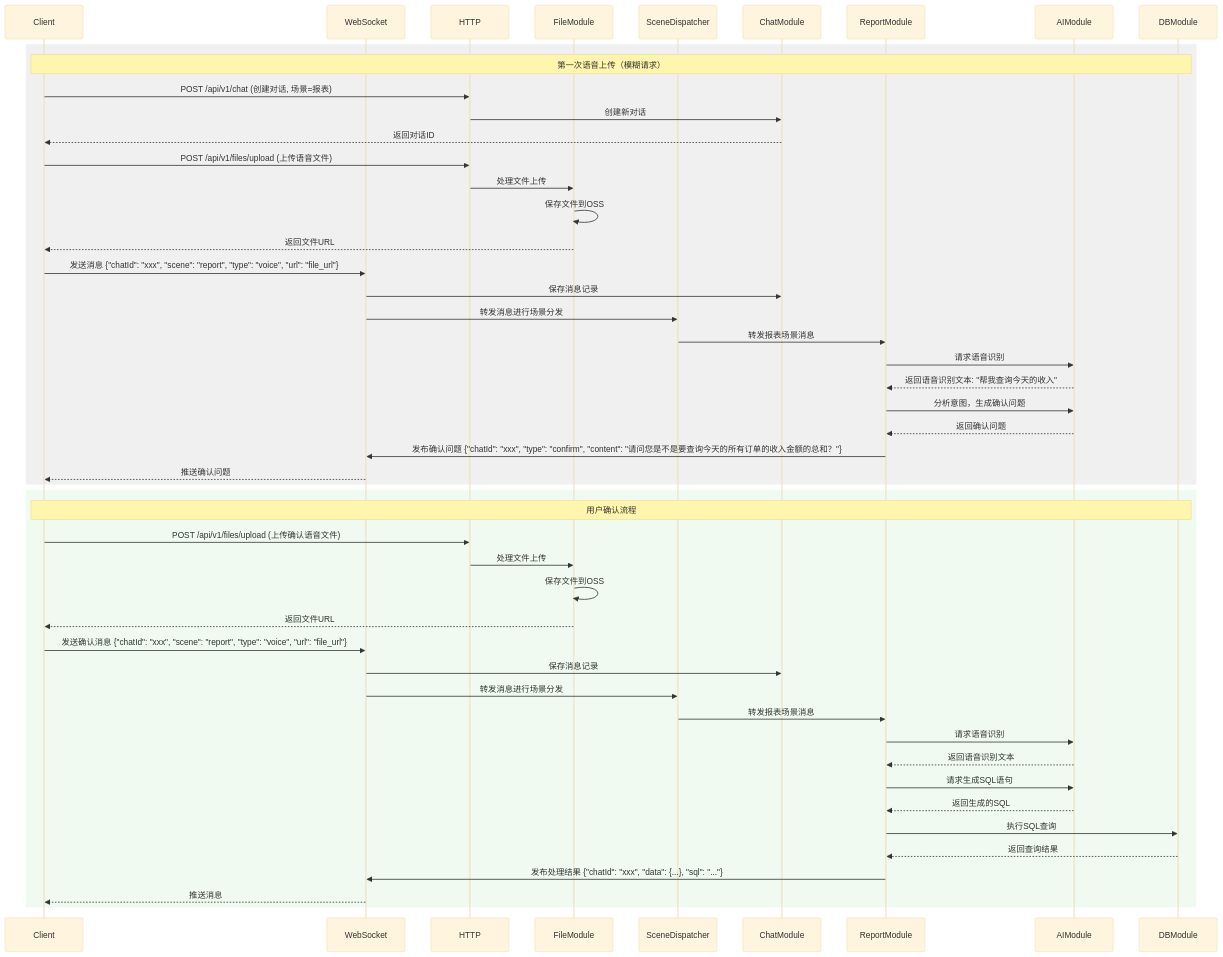
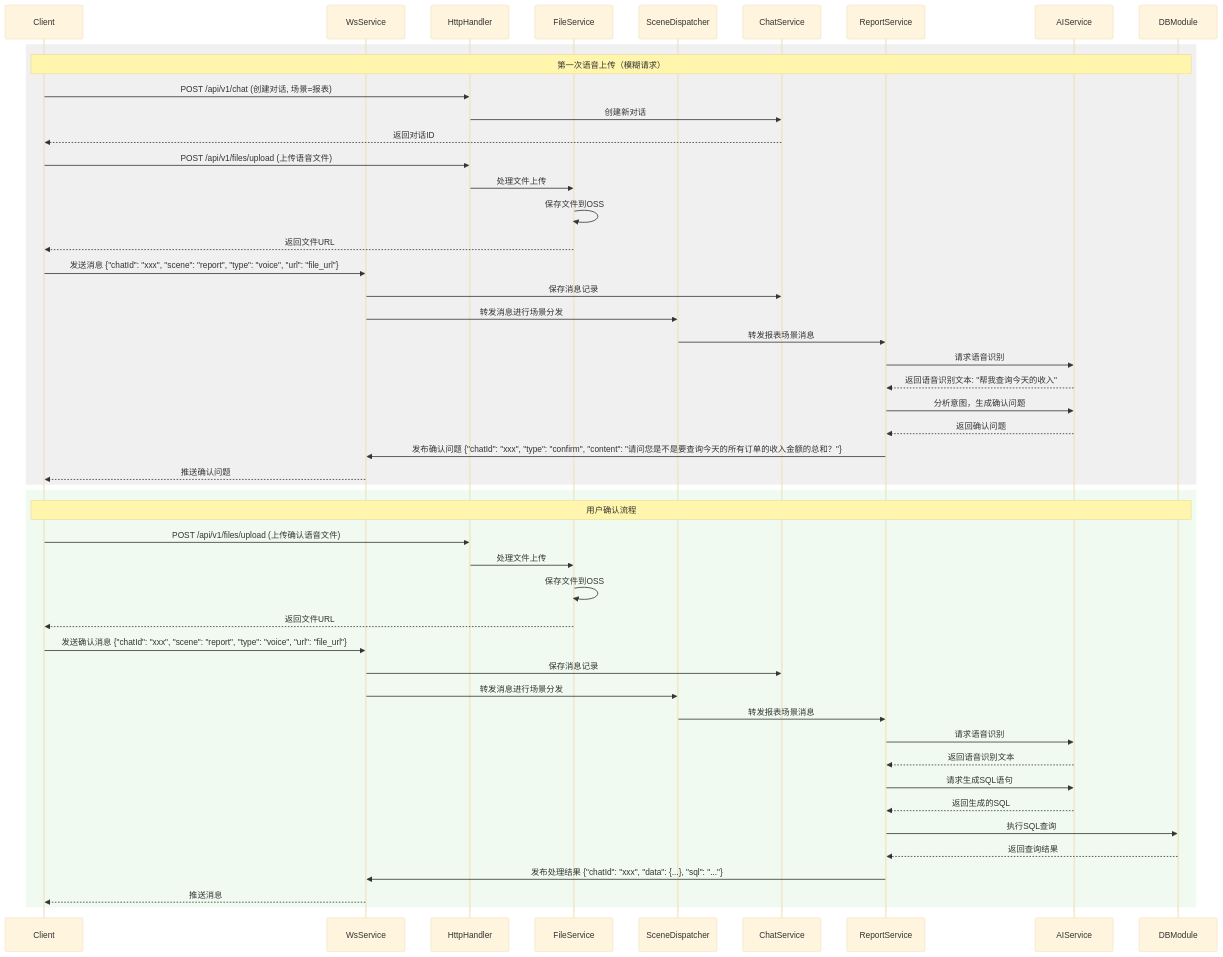
One commit to hanhzf/aiops changed the fourth of 5 diagrams in ai-coding/output/应用软件交互时序图.md. Above: the diagram before and after it, drawn with Mermaid (base theme). The commit also changed other lines of this file and 1 other file, not shown here.

````diff
--- a/ai-coding/output/应用软件交互时序图.md
+++ b/ai-coding/output/应用软件交互时序图.md
@@ -154,62 +154,62 @@
 ```mermaid
 sequenceDiagram
     participant Client
-    participant WebSocket
-    participant HTTP
-    participant FileModule
+    participant WsService
+    participant HttpHandler
+    participant FileService
     participant SceneDispatcher
-    participant ChatModule
-    participant ReportModule
-    participant AIModule
+    participant ChatService
+    participant ReportService
+    participant AIService
     participant DBModule
 
     %% %% WebSocket连接建立（只需要建立一次）
-    %% Client->>WebSocket: 建立WebSocket连接
-    %% WebSocket-->>Client: 连接确认
+    %% Client->>WsService: 建立WebSocket连接
+    %% WsService-->>Client: 连接确认
 
     %% 第一次语音文件上传流程（模糊请求）
     rect rgb(240, 240, 240)
         Note over Client,DBModule: 第一次语音上传（模糊请求）
-        Client->>HTTP: POST /api/v1/chat (创建对话, 场景=报表)
-        HTTP->>ChatModule: 创建新对话
-        ChatModule-->>Client: 返回对话ID
+        Client->>HttpHandler: POST /api/v1/chat (创建对话, 场景=报表)
+        HttpHandler->>ChatService: 创建新对话
+        ChatService-->>Client: 返回对话ID
         
-        Client->>HTTP: POST /api/v1/files/upload (上传语音文件)
-        HTTP->>FileModule: 处理文件上传
-        FileModule->>FileModule: 保存文件到OSS
-        FileModule-->>Client: 返回文件URL
+        Client->>HttpHandler: POST /api/v1/files/upload (上传语音文件)
+        HttpHandler->>FileService: 处理文件上传
+        FileService->>FileService: 保存文件到OSS
+        FileService-->>Client: 返回文件URL
         
-        Client->>WebSocket: 发送消息 {"chatId": "xxx", "scene": "report", "type": "voice", "url": "file_url"}
-        WebSocket->>ChatModule: 保存消息记录
-        WebSocket->>SceneDispatcher: 转发消息进行场景分发
-        SceneDispatcher->>ReportModule: 转发报表场景消息
-        ReportModule->>AIModule: 请求语音识别
-        AIModule-->>ReportModule: 返回语音识别文本: "帮我查询今天的收入"
-        ReportModule->>AIModule: 分析意图，生成确认问题
-        AIModule-->>ReportModule: 返回确认问题
-        ReportModule->>WebSocket: 发布确认问题 {"chatId": "xxx", "type": "confirm", "content": "请问您是不是要查询今天的所有订单的收入金额的总和？"}
-        WebSocket-->>Client: 推送确认问题
+        Client->>WsService: 发送消息 {"chatId": "xxx", "scene": "report", "type": "voice", "url": "file_url"}
+        WsService->>ChatService: 保存消息记录
+        WsService->>SceneDispatcher: 转发消息进行场景分发
+        SceneDispatcher->>ReportService: 转发报表场景消息
+        ReportService->>AIService: 请求语音识别
+        AIService-->>ReportService: 返回语音识别文本: "帮我查询今天的收入"
+        ReportService->>AIService: 分析意图，生成确认问题
+        AIService-->>ReportService: 返回确认问题
+        ReportService->>WsService: 发布确认问题 {"chatId": "xxx", "type": "confirm", "content": "请问您是不是要查询今天的所有订单的收入金额的总和？"}
+        WsService-->>Client: 推送确认问题
     end
 
     %% 用户确认流程
     rect rgb(240, 250, 240)
         Note over Client,DBModule: 用户确认流程
-        Client->>HTTP: POST /api/v1/files/upload (上传确认语音文件)
-        HTTP->>FileModule: 处理文件上传
-        FileModule->>FileModule: 保存文件到OSS
-        FileModule-->>Client: 返回文件URL
+        Client->>HttpHandler: POST /api/v1/files/upload (上传确认语音文件)
+        HttpHandler->>FileService: 处理文件上传
+        FileService->>FileService: 保存文件到OSS
+        FileService-->>Client: 返回文件URL
         
-        Client->>WebSocket: 发送确认消息 {"chatId": "xxx", "scene": "report", "type": "voice", "url": "file_url"}
-        WebSocket->>ChatModule: 保存消息记录
-        WebSocket->>SceneDispatcher: 转发消息进行场景分发
-        SceneDispatcher->>ReportModule: 转发报表场景消息
-        ReportModule->>AIModule: 请求语音识别
-        AIModule-->>ReportModule: 返回语音识别文本
-        ReportModule->>AIModule: 请求生成SQL语句
-        AIModule-->>ReportModule: 返回生成的SQL
-        ReportModule->>DBModule: 执行SQL查询
-        DBModule-->>ReportModule: 返回查询结果
-        ReportModule->>WebSocket: 发布处理结果 {"chatId": "xxx", "data": {...}, "sql": "..."}
-        WebSocket-->>Client: 推送消息
+        Client->>WsService: 发送确认消息 {"chatId": "xxx", "scene": "report", "type": "voice", "url": "file_url"}
+        WsService->>ChatService: 保存消息记录
+        WsService->>SceneDispatcher: 转发消息进行场景分发
+        SceneDispatcher->>ReportService: 转发报表场景消息
+        ReportService->>AIService: 请求语音识别
+        AIService-->>ReportService: 返回语音识别文本
+        ReportService->>AIService: 请求生成SQL语句
+        AIService-->>ReportService: 返回生成的SQL
+        ReportService->>DBModule: 执行SQL查询
+        DBModule-->>ReportService: 返回查询结果
+        ReportService->>WsService: 发布处理结果 {"chatId": "xxx", "data": {...}, "sql": "..."}
+        WsService-->>Client: 推送消息
     end
 ```
````
